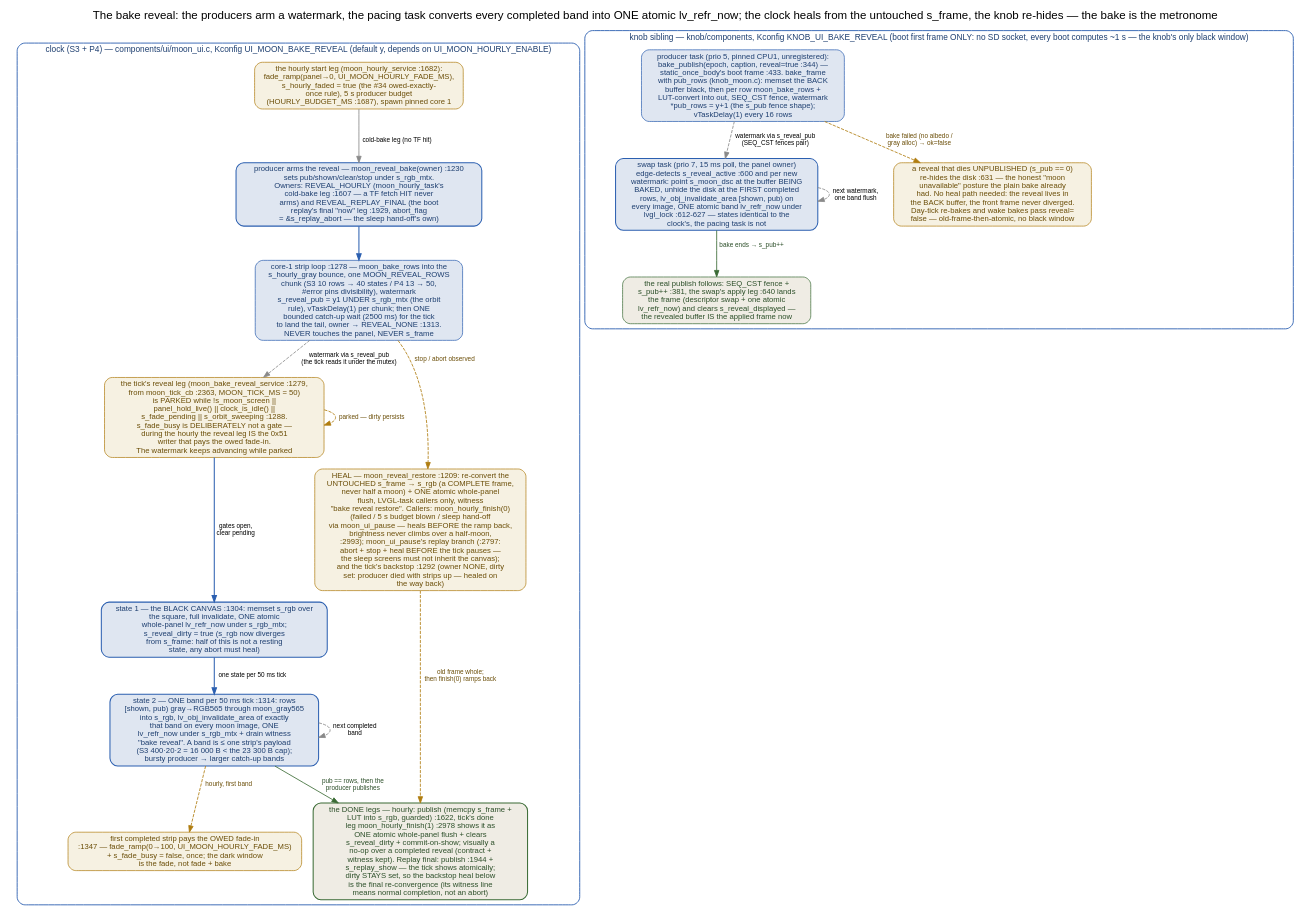
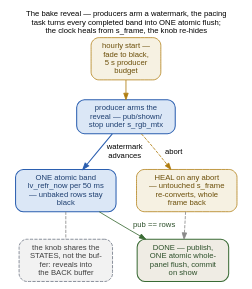
The diagram in docs/_graphs/bake-reveal.dot (ukos-git/moon-clock-esp), drawn with Graphviz before and after one commit. The commit also changed 36 other files, not shown here.

First line of the commit message:
docs: sibling B13 completion snapshot — the packed small set rebuilt, closing the graph atlas

```diff
--- a/docs/_graphs/bake-reveal.dot
+++ b/docs/_graphs/bake-reveal.dot
@@ -1,89 +1,48 @@
 // The bake reveal (UI_MOON_BAKE_REVEAL / KNOB_UI_BAKE_REVEAL, user decision
 // 2026-11-14, docs/implementation/bake-reveal): the computation made visible,
 // on BOTH board families. Every edge verified in components/ui/moon_ui.c
 // (reveal section :1145-1354, hourly legs :1682-1713, replay final leg
 // :1902-1972, pause :2767, finish :2977) and knob/components/knob_ui/knob_ui.c
 // (bake_publish :344, swap_task :588) + knob_moon.c (bake_frame).
 // The clock and the knob share the STATES (black canvas, one completed band
 // per displayed state, one atomic lv_refr_now each) but not the buffer
 // strategy: the clock reveals into the LIVE s_rgb (every abort must heal from
 // the untouched s_frame), the knob reveals into the BACK buffer (the front
 // frame survives; a die-unpublished re-hides the disk instead).
+// Black-box view here; the full state machines with their citations are
+// bake-reveal-clock.dot and bake-reveal-knob.dot.
 // Rendered inline as SVG by sphinx.ext.graphviz (dot on PATH).
+// FONTS: 12 pt = the page's 16 px body text at 1:1 — kept inside the
+// content column.
 digraph bake_reveal {
-    label="The bake reveal: the producers arm a watermark, the pacing task converts every completed band into ONE atomic lv_refr_now; the clock heals from the untouched s_frame, the knob re-hides — the bake is the metronome";
-    labelloc="t";
-    fontname="Helvetica"; fontsize=18;
-    node [fontname="Helvetica", fontsize=12, style="rounded,filled",
-          shape=box, width=1.8, height=0.5,
-          fillcolor="#f2f2ef", color="#525252", penwidth=1.1];
-    edge [fontname="Helvetica", fontsize=10, color="#8a8a8a", penwidth=1.3];
+    rankdir=TB;
+    label="The bake reveal — producers arm a watermark, the pacing\ntask turns every completed band into ONE atomic flush;\nthe clock heals from s_frame, the knob re-hides";
+    labelloc="t"; labeljust="c";
+    fontname="Helvetica"; fontsize=12;
+    graph [nodesep=0.45, ranksep=0.42];
+    node [fontname="Helvetica", fontsize=12, shape=box, style="rounded,filled",
+          width=0, height=0, margin="0.16,0.10", fillcolor="#f2f2ef",
+          color="#525252", penwidth=1.2];
+    edge [fontname="Helvetica", fontsize=12, color="#8a8a8a", penwidth=1.3];
 
-    subgraph cluster_clock {
-        label="clock (S3 + P4) — components/ui/moon_ui.c, Kconfig UI_MOON_BAKE_REVEAL (default y, depends on UI_MOON_HOURLY_ENABLE)";
-        fontsize=13; color="#2b5fb0"; fontcolor="#1e3f70"; penwidth=1.4; style="rounded";
+    fade [label="hourly start —\nfade to black,\n5 s producer\nbudget",
+          fillcolor="#f6f1e2", color="#b07d10", fontcolor="#6b4e08"];
+    arm [label="producer arms the\nreveal — pub/shown/\nstop under s_rgb_mtx",
+         fillcolor="#dbe7f6", color="#2b5fb0", fontcolor="#1e3f70", penwidth=1.6];
+    bands [label="ONE atomic band\nlv_refr_now per 50 ms\n— unbaked rows stay\nblack",
+           fillcolor="#dbe7f6", color="#2b5fb0", fontcolor="#1e3f70", penwidth=1.6];
+    done [label="DONE — publish,\nONE atomic whole-\npanel flush, commit\non show",
+          fillcolor="#efece4", color="#3a6b35", fontcolor="#2c4f29", penwidth=1.6];
+    heal [label="HEAL on any abort\n— untouched s_frame\nre-converts, whole\nframe back",
+          fillcolor="#f6f1e2", color="#b07d10", fontcolor="#6b4e08"];
+    knob [label="the knob shares the\nSTATES, not the buf-\nfer: reveals into\nthe BACK buffer",
+          style="rounded,filled,dashed", fillcolor="#f2f2f2", color="#6b7280",
+          fontcolor="#3f3f3f"];
 
-        arm [label="producer arms the reveal — moon_reveal_bake(owner) :1230\nsets pub/shown/clear/stop under s_rgb_mtx.\nOwners: REVEAL_HOURLY (moon_hourly_task's\ncold-bake leg :1607 — a TF fetch HIT never\narms) and REVEAL_REPLAY_FINAL (the boot\nreplay's final \"now\" leg :1929, abort_flag\n= &s_replay_abort — the sleep hand-off's own)",
-               fillcolor="#dfe6f1", color="#2b5fb0", fontcolor="#1e3f70", penwidth=1.6];
-
-        bake_loop [label="core-1 strip loop :1278 — moon_bake_rows into the\ns_hourly_gray bounce, one MOON_REVEAL_ROWS\nchunk (S3 10 rows → 40 states / P4 13 → 50,\n#error pins divisibility), watermark\ns_reveal_pub = y1 UNDER s_rgb_mtx (the orbit\nrule), vTaskDelay(1) per chunk; then ONE\nbounded catch-up wait (2500 ms) for the tick\nto land the tail, owner → REVEAL_NONE :1313.\nNEVER touches the panel, NEVER s_frame",
-                     fillcolor="#dfe6f1", color="#2b5fb0", fontcolor="#1e3f70"];
-
-        hourly_fade [label="the hourly start leg (moon_hourly_service :1682):\nfade_ramp(panel→0, UI_MOON_HOURLY_FADE_MS),\ns_hourly_faded = true (the #34 owed-exactly-\nonce rule), 5 s producer budget\n(HOURLY_BUDGET_MS :1687), spawn pinned core 1",
-                       fillcolor="#f6f1e2", color="#b07d10", fontcolor="#6b4e08"];
-
-        gate [label="the tick's reveal leg (moon_bake_reveal_service :1279,\nfrom moon_tick_cb :2363, MOON_TICK_MS = 50)\nis PARKED while !s_moon_screen ||\npanel_hold_live() || clock_is_idle() ||\ns_fade_pending || s_orbit_sweeping :1288.\ns_fade_busy is DELIBERATELY not a gate —\nduring the hourly the reveal leg IS the 0x51\nwriter that pays the owed fade-in.\nThe watermark keeps advancing while parked",
-                 fillcolor="#f6f1e2", color="#b07d10", fontcolor="#6b4e08"];
-
-        canvas [label="state 1 — the BLACK CANVAS :1304: memset s_rgb over\nthe square, full invalidate, ONE atomic\nwhole-panel lv_refr_now under s_rgb_mtx;\ns_reveal_dirty = true (s_rgb now diverges\nfrom s_frame: half of this is not a resting\nstate, any abort must heal)",
-                  fillcolor="#dfe6f1", color="#2b5fb0", fontcolor="#1e3f70", penwidth=1.6];
-
-        bands [label="state 2 — ONE band per 50 ms tick :1314: rows\n[shown, pub) gray→RGB565 through moon_gray565\ninto s_rgb, lv_obj_invalidate_area of exactly\nthat band on every moon image, ONE\nlv_refr_now under s_rgb_mtx + drain witness\n\"bake reveal\". A band is ≤ one strip's payload\n(S3 400·20·2 = 16 000 B < the 23 300 B cap);\nbursty producer → larger catch-up bands",
-                 fillcolor="#dfe6f1", color="#2b5fb0", fontcolor="#1e3f70", penwidth=1.6];
-
-        first_strip [label="first completed strip pays the OWED fade-in\n:1347 — fade_ramp(0→100, UI_MOON_HOURLY_FADE_MS)\n+ s_fade_busy = false, once; the dark window\nis the fade, not fade + bake",
-                       fillcolor="#f6f1e2", color="#b07d10", fontcolor="#6b4e08"];
-
-        done [label="the DONE legs — hourly: publish (memcpy s_frame +\nLUT into s_rgb, guarded) :1622, tick's done\nleg moon_hourly_finish(1) :2978 shows it as\nONE atomic whole-panel flush + clears\ns_reveal_dirty + commit-on-show; visually a\nno-op over a completed reveal (contract +\nwitness kept). Replay final: publish :1944 +\ns_replay_show — the tick shows atomically;\ndirty STAYS set, so the backstop heal below\nis the final re-convergence (its witness line\nmeans normal completion, not an abort)",
-                 fillcolor="#efece4", color="#3a6b35", fontcolor="#2c4f29", penwidth=1.6];
-
-        heal [label="HEAL — moon_reveal_restore :1209: re-convert the\nUNTOUCHED s_frame → s_rgb (a COMPLETE frame,\nnever half a moon) + ONE atomic whole-panel\nflush, LVGL-task callers only, witness\n\"bake reveal restore\". Callers: moon_hourly_finish(0)\n(failed / 5 s budget blown / sleep hand-off\nvia moon_ui_pause — heals BEFORE the ramp back,\nbrightness never climbs over a half-moon,\n:2993); moon_ui_pause's replay branch (:2797:\nabort + stop + heal BEFORE the tick pauses —\nthe sleep screens must not inherit the canvas);\nand the tick's backstop :1292 (owner NONE, dirty\nset: producer died with strips up — healed on\nthe way back)",
-                fillcolor="#f6f1e2", color="#b07d10", fontcolor="#6b4e08"];
-    }
-
-    subgraph cluster_knob {
-        label="knob sibling — knob/components, Kconfig KNOB_UI_BAKE_REVEAL (boot first frame ONLY: no SD socket, every boot computes ~1 s — the knob's only black window)";
-        fontsize=13; color="#2b5fb0"; fontcolor="#1e3f70"; penwidth=1.4; style="rounded";
-
-        k_producer [label="producer task (prio 5, pinned CPU1, unregistered):\nbake_publish(epoch, caption, reveal=true :344) —\nstatic_once_body's boot frame :433. bake_frame\nwith pub_rows (knob_moon.c): memset the BACK\nbuffer black, then per row moon_bake_rows +\nLUT-convert into out, SEQ_CST fence, watermark\n*pub_rows = y+1 (the s_pub fence shape);\nvTaskDelay(1) every 16 rows",
-                        fillcolor="#dfe6f1", color="#2b5fb0", fontcolor="#1e3f70"];
-
-        k_swap [label="swap task (prio 7, 15 ms poll, the panel owner)\nedge-detects s_reveal_active :600 and per new\nwatermark: point s_moon_dsc at the buffer BEING\nBAKED, unhide the disk at the FIRST completed\nrows, lv_obj_invalidate_area [shown, pub) on\nevery image, ONE atomic band lv_refr_now under\nlvgl_lock :612-627 — states identical to the\nclock's, the pacing task is not",
-                  fillcolor="#dfe6f1", color="#2b5fb0", fontcolor="#1e3f70", penwidth=1.6];
-
-        k_apply [label="the real publish follows: SEQ_CST fence +\ns_pub++ :381, the swap's apply leg :640 lands\nthe frame (descriptor swap + one atomic\nlv_refr_now) and clears s_reveal_displayed —\nthe revealed buffer IS the applied frame now",
-                   fillcolor="#efece4", color="#3a6b35", fontcolor="#2c4f29"];
-
-        k_hide [label="a reveal that dies UNPUBLISHED (s_pub == 0)\nre-hides the disk :631 — the honest \"moon\nunavailable\" posture the plain bake already\nhad. No heal path needed: the reveal lives in\nthe BACK buffer, the front frame never diverged.\nDay-tick re-bakes and wake bakes pass reveal=\nfalse — old-frame-then-atomic, no black window",
-                  fillcolor="#f6f1e2", color="#b07d10", fontcolor="#6b4e08"];
-    }
-
-    // --- clock flow
-    hourly_fade -> arm [label="cold-bake leg (no TF hit)"];
-    arm -> bake_loop [color="#2b5fb0", penwidth=1.6];
-    bake_loop -> gate [style=dashed, label="watermark via s_reveal_pub\n(the tick reads it under the mutex)"];
-    gate -> canvas [color="#2b5fb0", penwidth=1.6, label="gates open,\nclear pending"];
-    canvas -> bands [color="#2b5fb0", penwidth=1.6, label="one state per 50 ms tick"];
-    bands -> bands [style=dashed, label="next completed\nband"];
-    bands -> first_strip [color="#b07d10", fontcolor="#6b4e08", style=dashed, label="hourly, first band"];
-    bands -> done [color="#3a6b35", fontcolor="#2c4f29", label="pub == rows, then the\nproducer publishes"];
-    gate -> gate [color="#b07d10", fontcolor="#6b4e08", style=dashed, label="parked — dirty persists"];
-    bake_loop -> heal [color="#b07d10", fontcolor="#6b4e08", style=dashed, label="stop / abort observed"];
-    heal -> done [color="#b07d10", fontcolor="#6b4e08", style=dashed, label="old frame whole;\nthen finish(0) ramps back"];
-
-    // --- knob flow
-    k_producer -> k_swap [style=dashed, label="watermark via s_reveal_pub\n(SEQ_CST fences pair)"];
-    k_swap -> k_swap [style=dashed, label="next watermark,\none band flush"];
-    k_swap -> k_apply [color="#3a6b35", fontcolor="#2c4f29", label="bake ends → s_pub++"];
-    k_producer -> k_hide [color="#b07d10", fontcolor="#6b4e08", style=dashed, label="bake failed (no albedo /\ngray alloc) → ok=false"];
+    fade -> arm [color="#b07d10"];
+    arm -> bands [color="#2b5fb0", penwidth=1.6, label="watermark\nadvances"];
+    bands -> done [color="#3a6b35", fontcolor="#2c4f29", label="pub == rows"];
+    arm -> heal [style=dashed, color="#b07d10", label="abort"];
+    heal -> done [style=dashed];
+    bands -> knob [style=dashed, arrowhead=none];
 }
```
